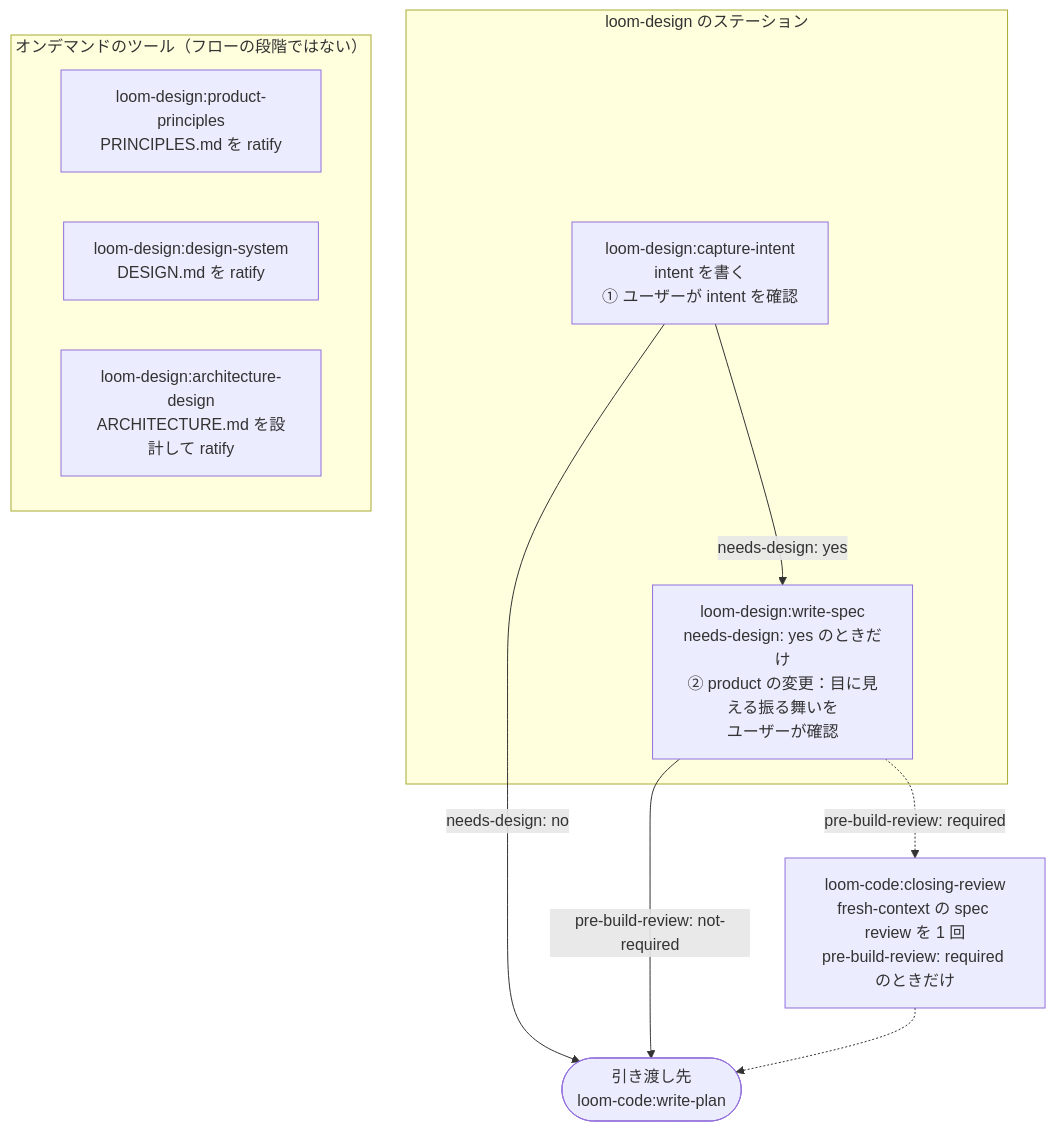
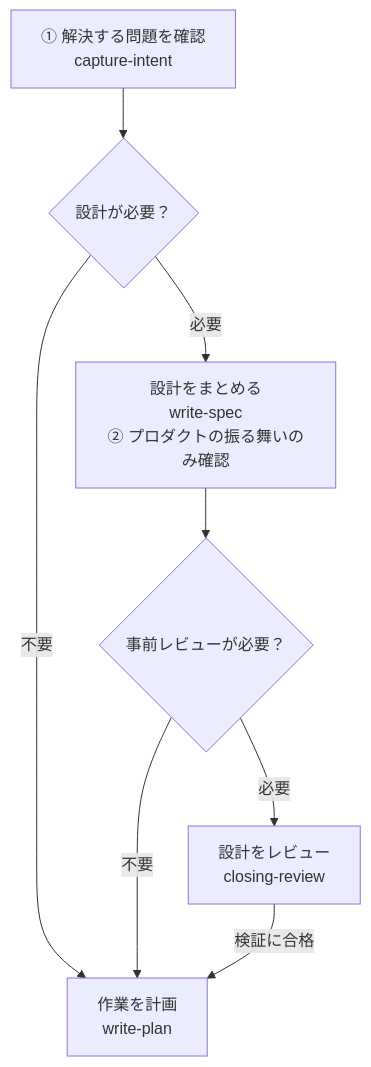
Before and after one commit to kouko/loom-plugins: the diagram in loom-design/README.ja.md, drawn with Mermaid. The commit also changed 9 other files, not shown here.

First line of the commit message:
docs: separate README flows from workflow tool catalogs

````diff
--- a/loom-design/README.ja.md
+++ b/loom-design/README.ja.md
@@ -18,22 +18,17 @@
 ```mermaid
 flowchart TD
-    subgraph stations["loom-design のステーション"]
-        intent["loom-design:capture-intent<br/>intent を書く<br/>① ユーザーが intent を確認"]
-        spec["loom-design:write-spec<br/>needs-design: yes のときだけ<br/>② product の変更：目に見える振る舞いを<br/>ユーザーが確認"]
-    end
+    intent["① 解決する問題を確認<br/>capture-intent"]
+    design{"設計が必要？"}
+    spec["設計をまとめる<br/>write-spec<br/>② プロダクトの振る舞いのみ確認"]
+    check{"事前レビューが必要？"}
+    review["設計をレビュー<br/>closing-review"]
+    plan["作業を計画<br/>write-plan"]
 
-    specreview["loom-code:closing-review<br/>fresh-context の spec review を 1 回<br/>pre-build-review: required のときだけ"]
-    plan(["引き渡し先<br/>loom-code:write-plan"])
-
-    subgraph tools["オンデマンドのツール（フローの段階ではない）"]
-        principles["loom-design:product-principles<br/>PRINCIPLES.md を ratify"]
-        designsys["loom-design:design-system<br/>DESIGN.md を ratify"]
-        arch["loom-design:architecture-design<br/>ARCHITECTURE.md を設計して ratify"]
-    end
-
-    intent -->|"needs-design: yes"| spec
-    intent -->|"needs-design: no"| plan
-    spec -->|"pre-build-review: not-required"| plan
-    spec -.->|"pre-build-review: required"| specreview
-    specreview -.-> plan
+    intent --> design
+    design -->|"必要"| spec
+    design -->|"不要"| plan
+    spec --> check
+    check -->|"必要"| review
+    check -->|"不要"| plan
+    review -->|"検証に合格"| plan
 ```
````
